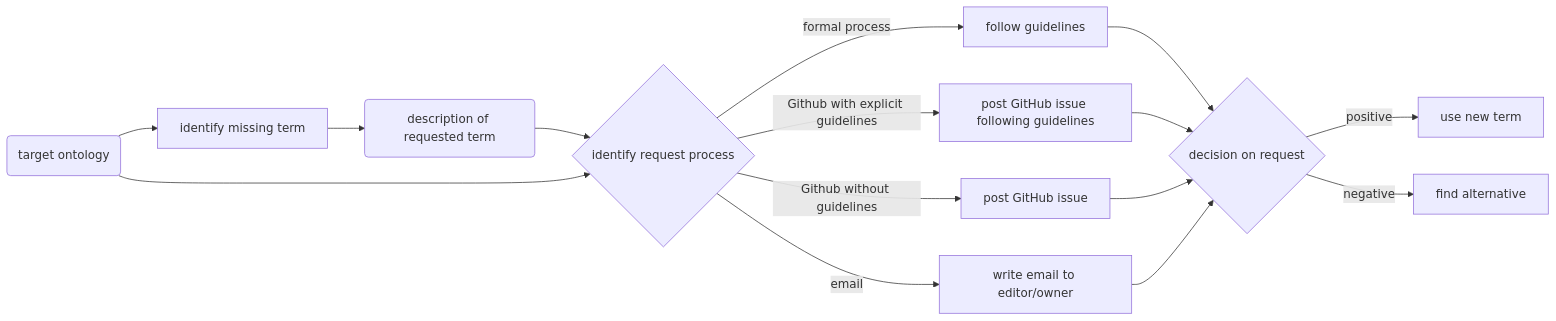
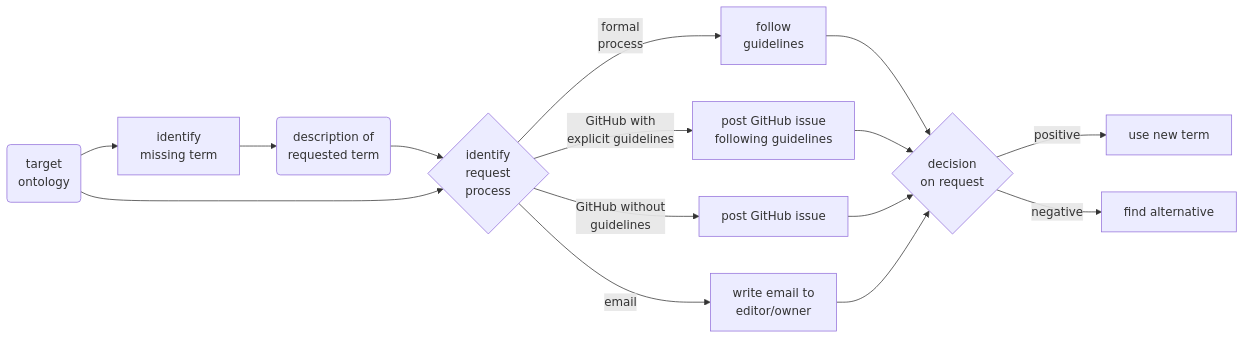
The diagram in docs/content/recipes/new-ontology-term-request-recipe.md (FAIRplus/the-fair-cookbook), drawn with Mermaid before and after one commit. The commit also changed other lines of this file, not shown here.

```diff
--- a/docs/content/recipes/new-ontology-term-request-recipe.md
+++ b/docs/content/recipes/new-ontology-term-request-recipe.md
@@ -24,17 +24,17 @@
 <div class="mermaid">
-graph LR;
-    A(target ontology) --> B[identify missing term]
-    B --> C(description of requested term)
-    C --> D{identify request process}
+graph LR
+    A(target <br> ontology) --> B[identify <br> missing term]
+    B --> C(description of <br> requested term)
+    C --> D{identify <br> request <br> process}
     A --> D
-    D -->|formal process| E[follow guidelines]
-    D -->|Github with explicit guidelines| F[post GitHub issue following guidelines]
-    D -->|Github without guidelines| G[post GitHub issue]
-    D -->|email| H[write email to editor/owner]
-    E --> I{decision on request}
+    D -->|formal <br> process| E[follow <br> guidelines]
+    D -->|GitHub with <br> explicit guidelines| F[post GitHub issue <br> following guidelines]
+    D -->|GitHub without <br> guidelines| G[post GitHub issue]
+    D -->|email| H[write email to <br> editor/owner]
+    E --> I{decision <br> on request}
     F --> I
     G --> I
     H --> I
     I -->|positive| J[use new term]
     I -->|negative| K[find alternative]
 </div>
```
